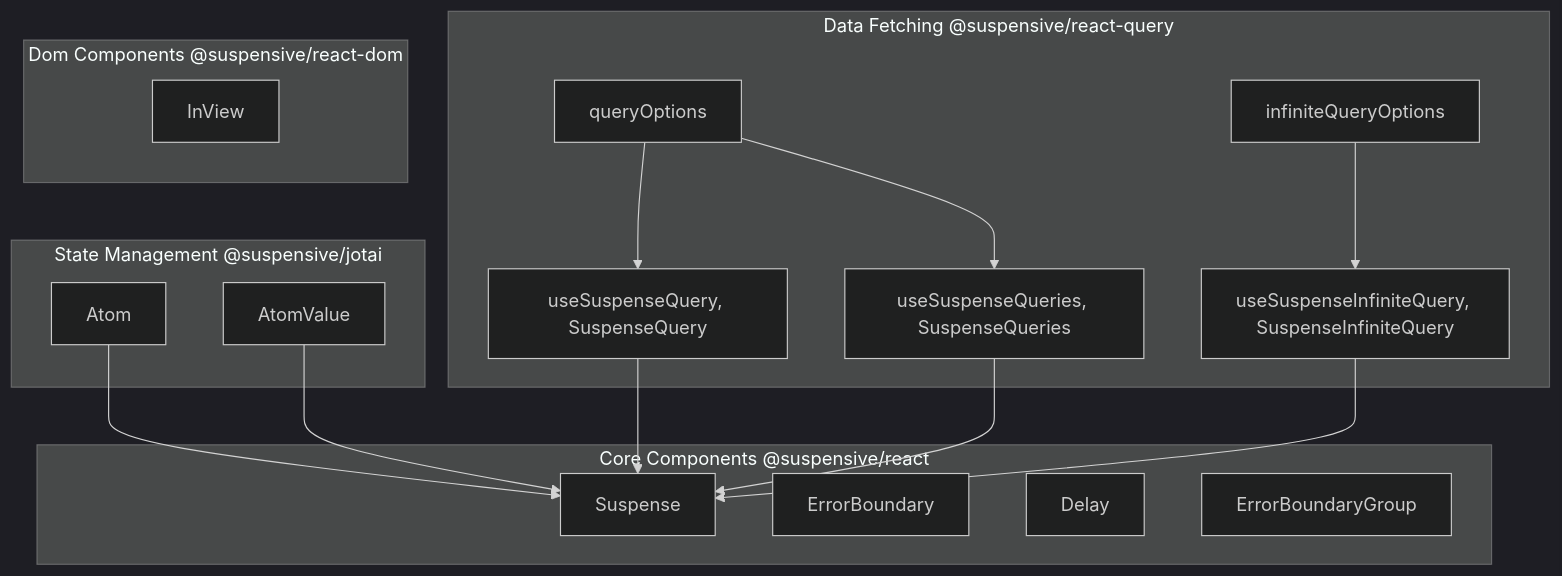
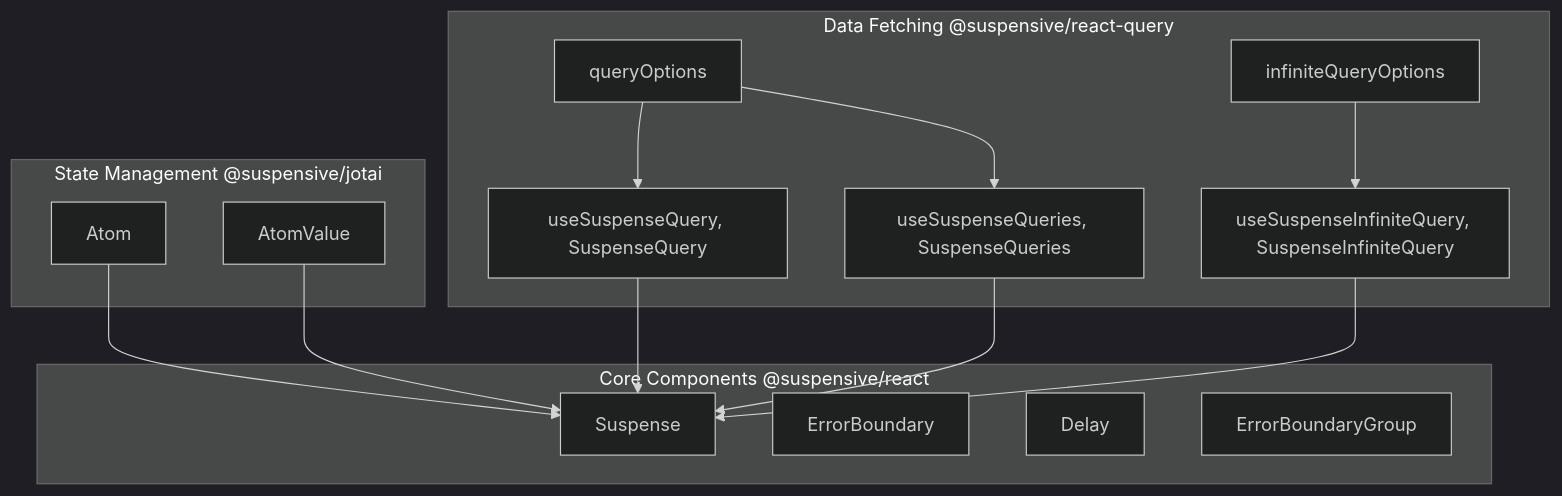
Before and after one commit to toss/suspensive: the second of 3 diagrams in docs/suspensive.org/src/content/en/docs/introduction.mdx, drawn with Mermaid (dark theme). The commit also changed other lines of this file and 20 other files, not shown here.

Commit message:
docs(suspensive.org): remove @suspensive/react-dom references (#1830)

````diff
--- a/docs/suspensive.org/src/content/en/docs/introduction.mdx
+++ b/docs/suspensive.org/src/content/en/docs/introduction.mdx
@@ -96,33 +89,30 @@
 ```mermaid
 graph TD;
 subgraph AA [Data Fetching @suspensive/react-query]
 A[queryOptions];
 B[infiniteQueryOptions];
 C[useSuspenseQuery, SuspenseQuery];
 D[useSuspenseInfiniteQuery, SuspenseInfiniteQuery];
 E[useSuspenseQueries, SuspenseQueries];
 end
 subgraph BB [State Management @suspensive/jotai]
 F[Atom];
 G[AtomValue];
 end
 subgraph CC [Core Components @suspensive/react]
 H[Suspense];
 I[ErrorBoundary];
 J[Delay];
 K[ErrorBoundaryGroup];
 end
-subgraph DD [Dom Components @suspensive/react-dom]
-L[InView];
-end
 
 C --> H;
 D --> H;
 E --> H;
 F --> H;
 G --> H;
 
 A --> C;
 A --> E;
 B --> D;
 ```
````
